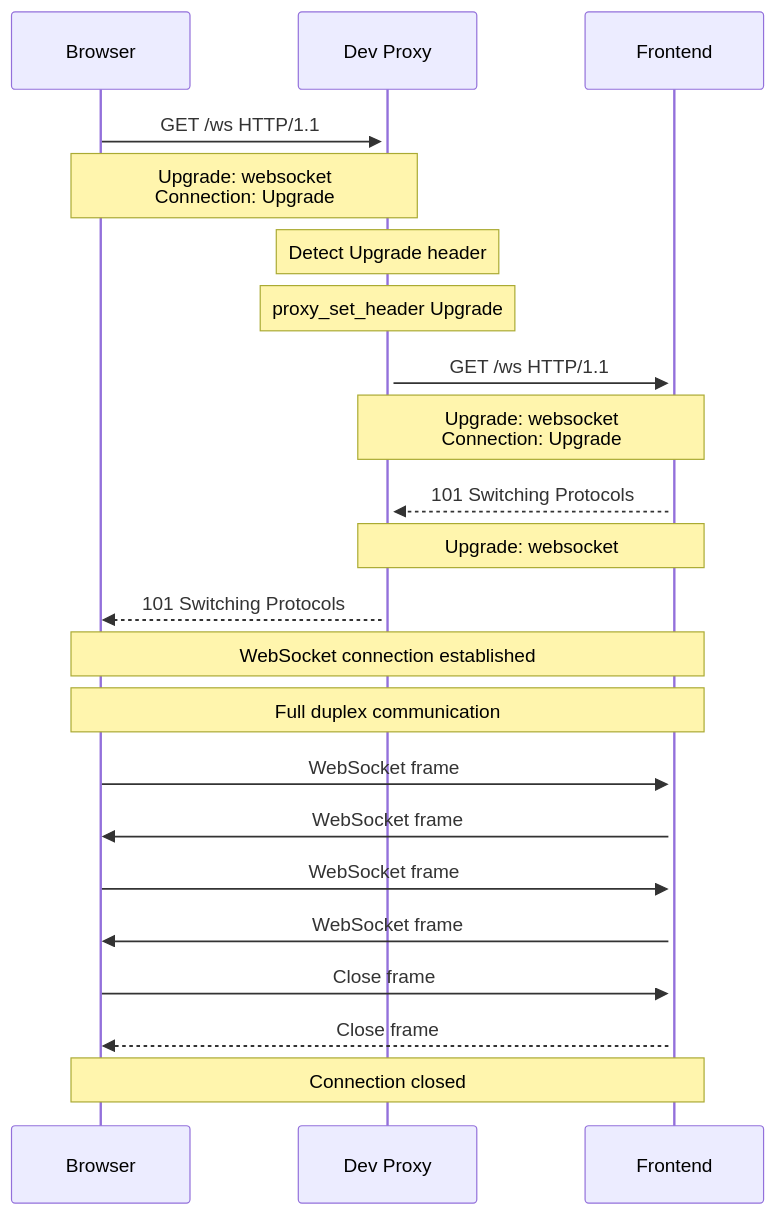
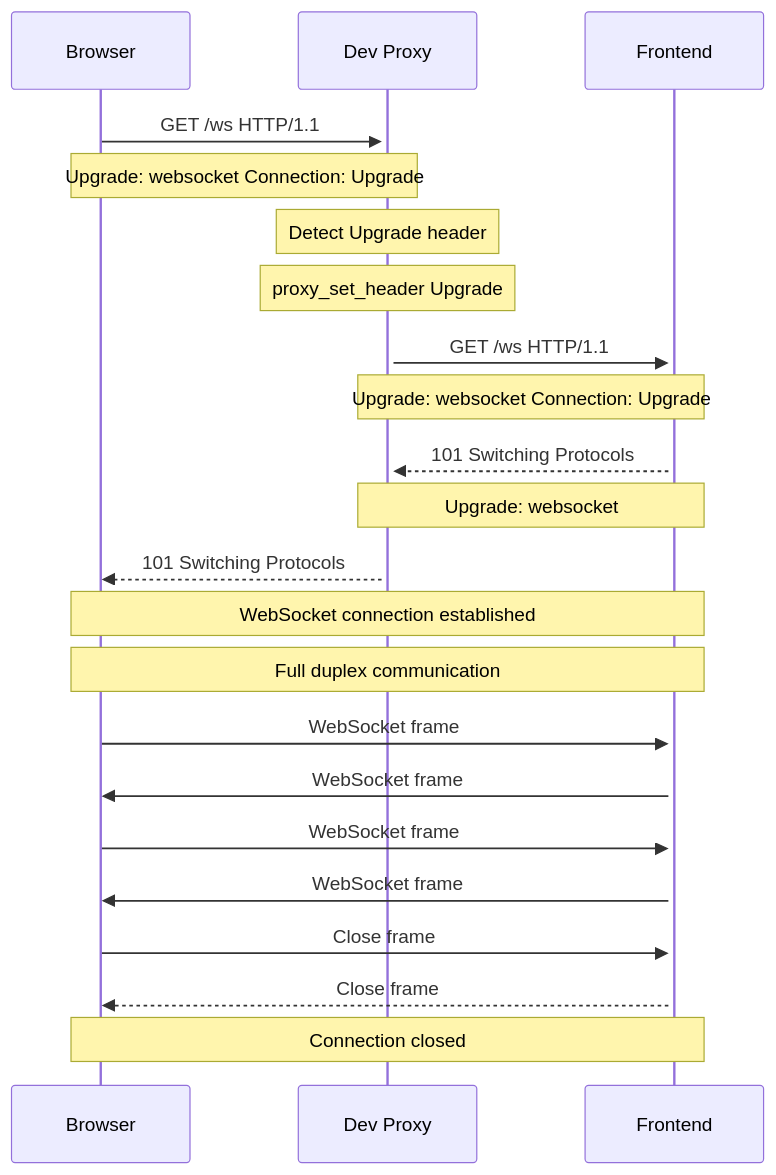
The seventh of 9 diagrams in wiki/Request-Flow.md (softwarewrighter/dev-proxy), drawn with Mermaid before and after one commit. The commit also changed other lines of this file and 6 other files, not shown here.

First line of the commit message:
Fix wiki Mermaid diagrams: remove <br/> tags

````diff
--- a/wiki/Request-Flow.md
+++ b/wiki/Request-Flow.md
@@ -280,34 +280,34 @@
 ```mermaid
 sequenceDiagram
     participant Browser
     participant DevProxy as Dev Proxy
     participant Frontend as Frontend
 
     Browser->>+DevProxy: GET /ws HTTP/1.1
-    Note over Browser,DevProxy: Upgrade: websocket<br/>Connection: Upgrade
+    Note over Browser,DevProxy: Upgrade: websocket Connection: Upgrade
 
     Note over DevProxy: Detect Upgrade header
     Note over DevProxy: proxy_set_header Upgrade
 
     DevProxy->>+Frontend: GET /ws HTTP/1.1
-    Note over DevProxy,Frontend: Upgrade: websocket<br/>Connection: Upgrade
+    Note over DevProxy,Frontend: Upgrade: websocket Connection: Upgrade
 
     Frontend-->>DevProxy: 101 Switching Protocols
     Note over Frontend,DevProxy: Upgrade: websocket
 
     DevProxy-->>Browser: 101 Switching Protocols
 
     Note over Browser,Frontend: WebSocket connection established
     Note over Browser,Frontend: Full duplex communication
 
     Browser->>Frontend: WebSocket frame
     Frontend->>Browser: WebSocket frame
 
     Browser->>Frontend: WebSocket frame
     Frontend->>Browser: WebSocket frame
 
     Browser->>Frontend: Close frame
     Frontend-->>Browser: Close frame
 
     Note over Browser,Frontend: Connection closed
 ```
````
